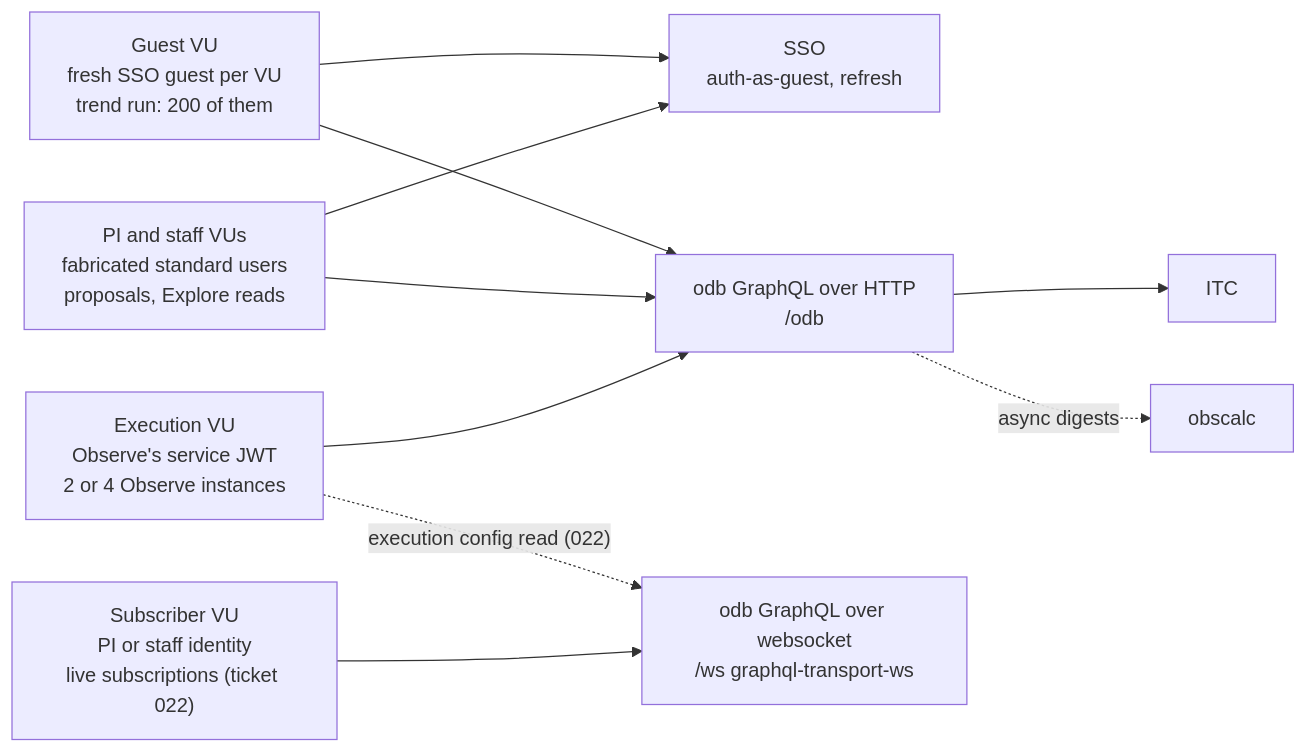
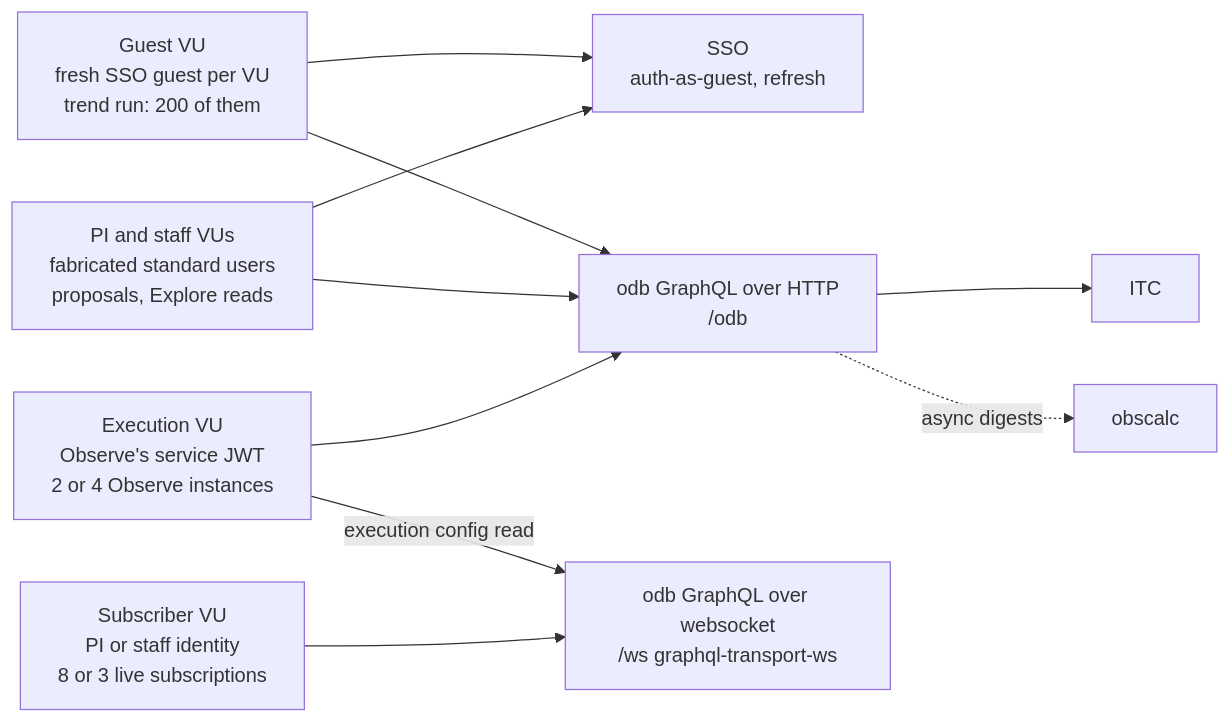
One commit to cquiroz/gpp-tests changed the third of 5 diagrams in ARCHITECTURE.md. Above: the diagram before and after it, drawn with Mermaid. The commit also changed other lines of this file and 18 other files, not shown here.

First line of the commit message:
Add the graphql-ws client, subscriber VUs and socket config reads (ticket 022)

````diff
--- a/ARCHITECTURE.md
+++ b/ARCHITECTURE.md
@@ -145,22 +145,22 @@
 ```mermaid
 flowchart LR
   guest["Guest VU<br/>fresh SSO guest per VU<br/>trend run: 200 of them"]
   pi["PI and staff VUs<br/>fabricated standard users<br/>proposals, Explore reads"]
   execv["Execution VU<br/>Observe's service JWT<br/>2 or 4 Observe instances"]
-  sub["Subscriber VU<br/>PI or staff identity<br/>live subscriptions (ticket 022)"]
+  sub["Subscriber VU<br/>PI or staff identity<br/>8 or 3 live subscriptions"]
   sso["SSO<br/>auth-as-guest, refresh"]
   http["odb GraphQL over HTTP<br/>/odb"]
   ws["odb GraphQL over websocket<br/>/ws graphql-transport-ws"]
   itc["ITC"]
   obscalc["obscalc"]
 
   guest --> sso
   pi --> sso
   guest --> http
   pi --> http
   execv --> http
-  execv -. "execution config read (022)" .-> ws
+  execv -- "execution config read" --> ws
   sub --> ws
   http --> itc
   http -. "async digests" .-> obscalc
 ```
````
